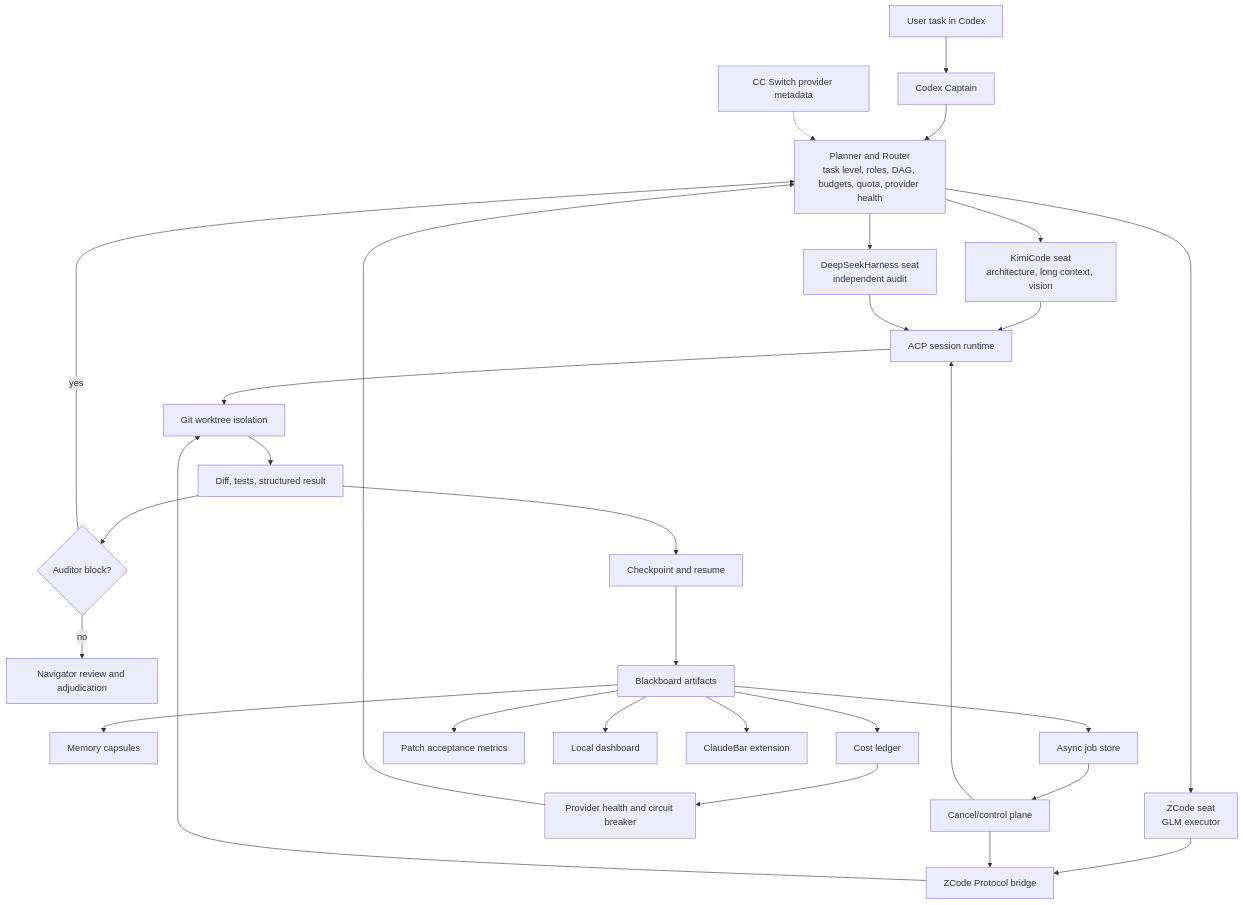
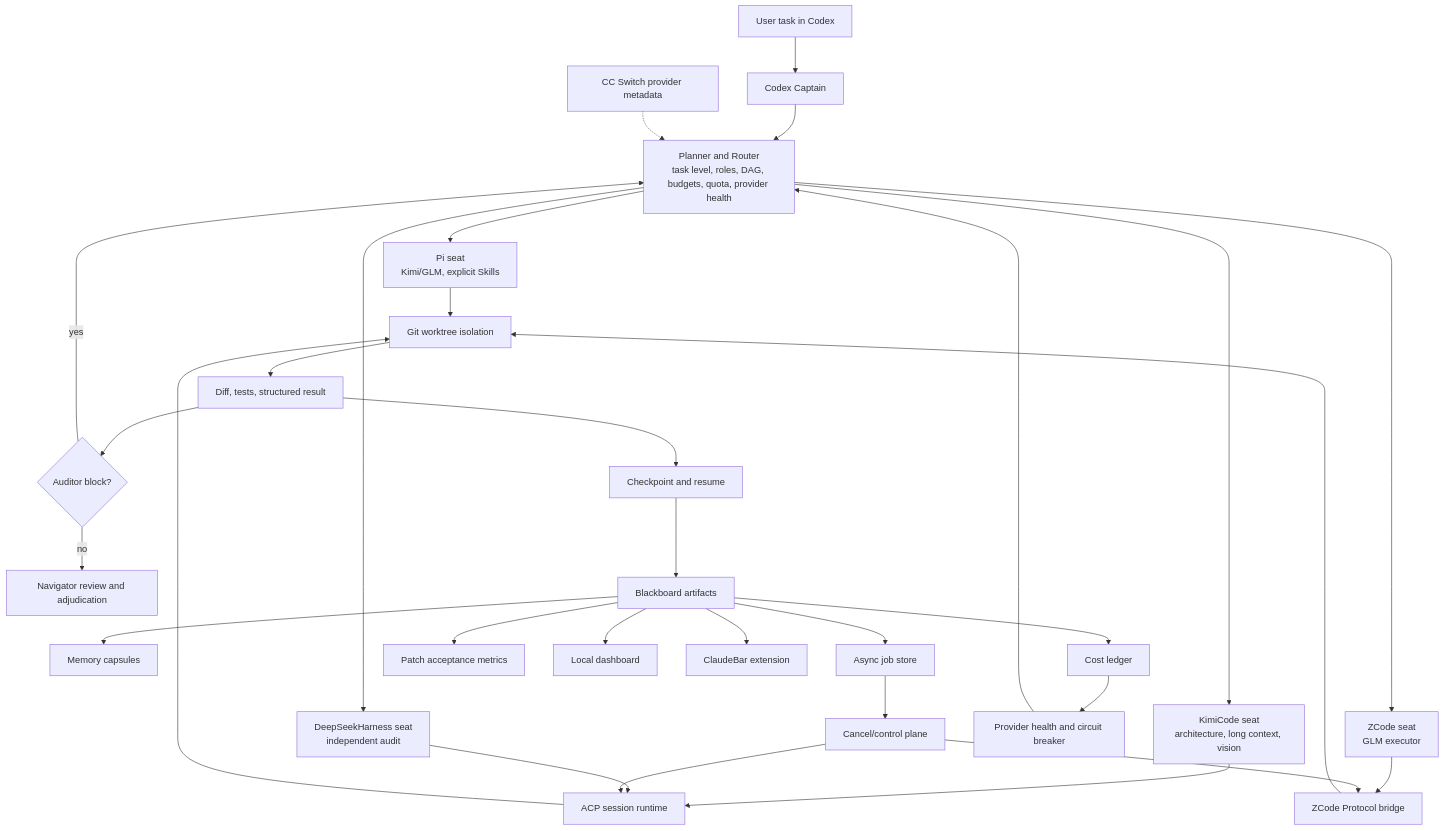
Before and after one commit to Flipped929/codex-moa: the diagram in README.md, drawn with Mermaid. The commit also changed other lines of this file and 87 other files, not shown here.

````diff
--- a/README.md
+++ b/README.md
@@ -30,39 +40,41 @@
 ```mermaid
 flowchart TB
   User[User task in Codex] --> Captain[Codex Captain]
   Captain --> Planner[Planner and Router<br/>task level, roles, DAG, budgets, quota, provider health]
 
+  Planner --> Pi[Pi seat<br/>Kimi/GLM, explicit Skills]
   Planner --> Kimi[KimiCode seat<br/>architecture, long context, vision]
   Planner --> ZCode[ZCode seat<br/>GLM executor]
   Planner --> DSH[DeepSeekHarness seat<br/>independent audit]
 
+  Pi --> Worktree
   Kimi --> ACP[ACP session runtime]
   ZCode --> ZBridge[ZCode Protocol bridge]
   DSH --> ACP
 
   ACP --> Worktree[Git worktree isolation]
   ZBridge --> Worktree
   Worktree --> Evidence[Diff, tests, structured result]
 
   Evidence --> Checkpoint[Checkpoint and resume]
   Evidence --> Repair{Auditor block?}
   Repair -->|yes| Planner
   Repair -->|no| Navigator[Navigator review and adjudication]
 
   Checkpoint --> Blackboard[Blackboard artifacts]
   Blackboard --> Memory[Memory capsules]
   Blackboard --> Cost[Cost ledger]
   Blackboard --> Jobs[Async job store]
   Blackboard --> Patch[Patch acceptance metrics]
 
   Cost --> Health[Provider health and circuit breaker]
   Health --> Planner
 
   Jobs --> Control[Cancel/control plane]
   Control --> ACP
   Control --> ZBridge
 
   Blackboard --> Dashboard[Local dashboard]
   Blackboard --> Bar[ClaudeBar extension]
   CCSwitch[CC Switch provider metadata] -.-> Planner
 ```
````
